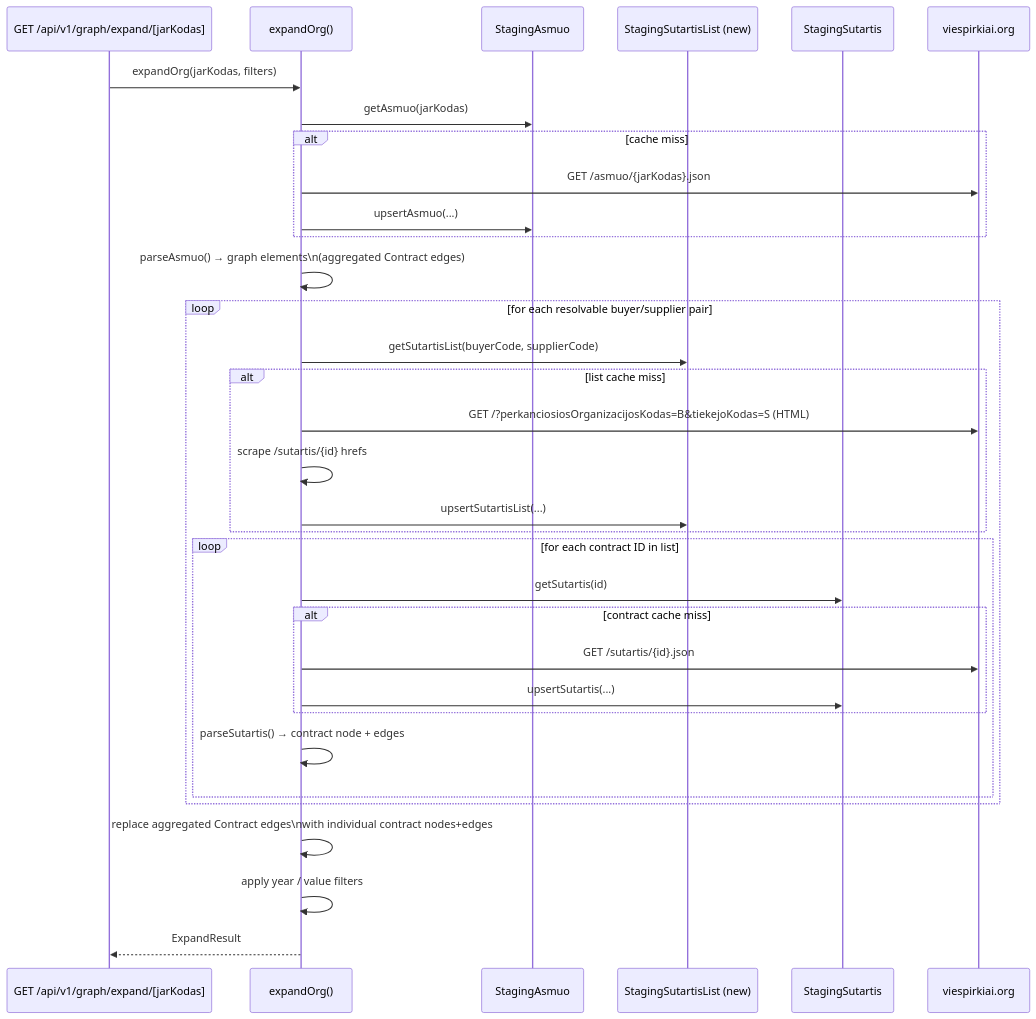
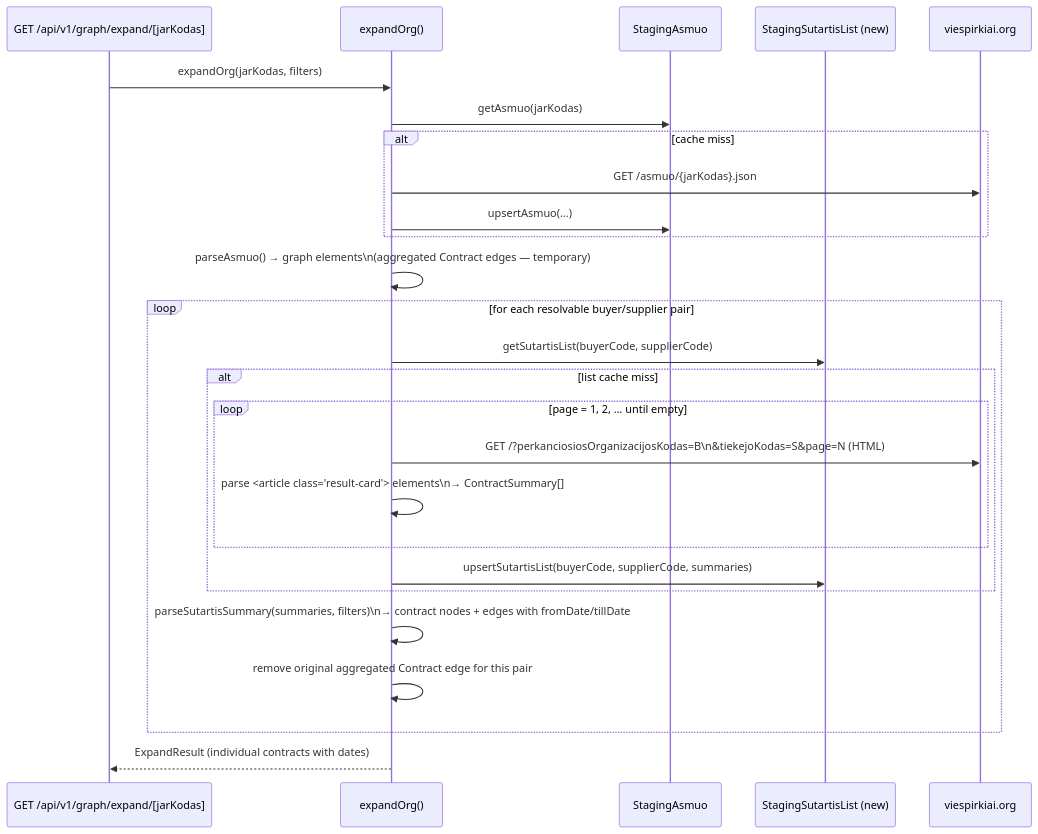
One commit to rimvydasb/risk-intelligence changed the second of 2 diagrams in docs/CONTRACT_DATE_ENRICHMENT_STORY.md. Above: the diagram before and after it, drawn with Mermaid. The commit also changed other lines of this file and 1 other file, not shown here.

Commit message:
add StagingSutartisList model; implement HTML scraping for contract summaries; enrich graph with individual contract nodes and date filtering

````diff
--- a/docs/CONTRACT_DATE_ENRICHMENT_STORY.md
+++ b/docs/CONTRACT_DATE_ENRICHMENT_STORY.md
@@ -80,38 +108,32 @@
 ```mermaid
 sequenceDiagram
     participant API as GET /api/v1/graph/expand/[jarKodas]
     participant EXP as expandOrg()
     participant STGA as StagingAsmuo
     participant STGL as StagingSutartisList (new)
-    participant STGS as StagingSutartis
     participant VPK as viespirkiai.org
-    API ->> EXP: expandOrg(jarKodas, filters)
-    EXP ->> STGA: getAsmuo(jarKodas)
+
+    API->>EXP: expandOrg(jarKodas, filters)
+    EXP->>STGA: getAsmuo(jarKodas)
     alt cache miss
-        EXP ->> VPK: GET /asmuo/{jarKodas}.json
-        EXP ->> STGA: upsertAsmuo(...)
+        EXP->>VPK: GET /asmuo/{jarKodas}.json
+        EXP->>STGA: upsertAsmuo(...)
     end
-    EXP ->> EXP: parseAsmuo() → graph elements\n(aggregated Contract edges)
+    EXP->>EXP: parseAsmuo() → graph elements\n(aggregated Contract edges — temporary)
 
     loop for each resolvable buyer/supplier pair
-        EXP ->> STGL: getSutartisList(buyerCode, supplierCode)
+        EXP->>STGL: getSutartisList(buyerCode, supplierCode)
         alt list cache miss
-            EXP ->> VPK: GET /?perkanciosiosOrganizacijosKodas=B&tiekejoKodas=S (HTML)
-            EXP ->> EXP: scrape /sutartis/{id} hrefs
-            EXP ->> STGL: upsertSutartisList(...)
+            loop page = 1, 2, … until empty
+                EXP->>VPK: GET /?perkanciosiosOrganizacijosKodas=B\n&tiekejoKodas=S&page=N (HTML)
+                EXP->>EXP: parse <article class="result-card"> elements\n→ ContractSummary[]
+            end
+            EXP->>STGL: upsertSutartisList(buyerCode, supplierCode, summaries)
         end
 
-        loop for each contract ID in list
-            EXP ->> STGS: getSutartis(id)
-            alt contract cache miss
-                EXP ->> VPK: GET /sutartis/{id}.json
-                EXP ->> STGS: upsertSutartis(...)
-            end
-            EXP ->> EXP: parseSutartis() → contract node + edges
-        end
+        EXP->>EXP: parseSutartisSummary(summaries, filters)\n→ contract nodes + edges with fromDate/tillDate
+        EXP->>EXP: remove original aggregated Contract edge for this pair
     end
 
-    EXP ->> EXP: replace aggregated Contract edges\nwith individual contract nodes+edges
-    EXP ->> EXP: apply year / value filters
-    EXP -->> API: ExpandResult
+    EXP-->>API: ExpandResult (individual contracts with dates)
 ```
````
